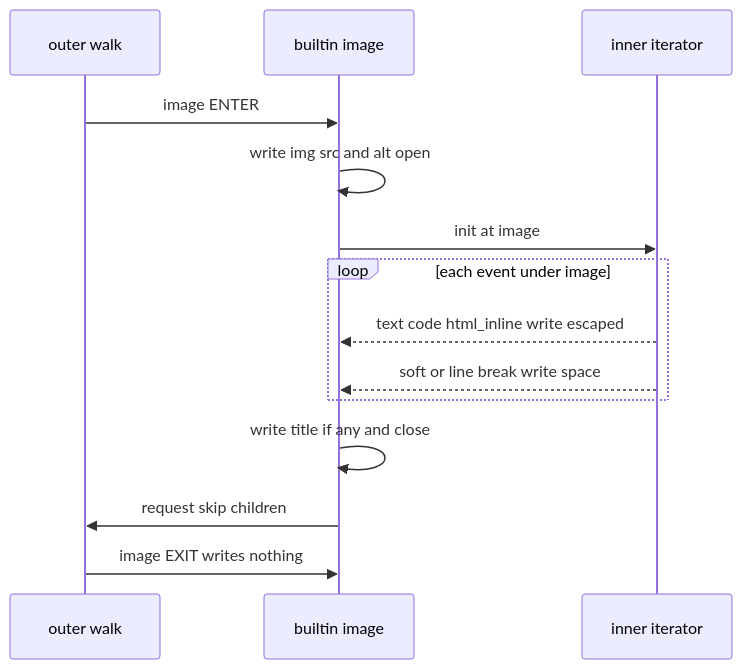
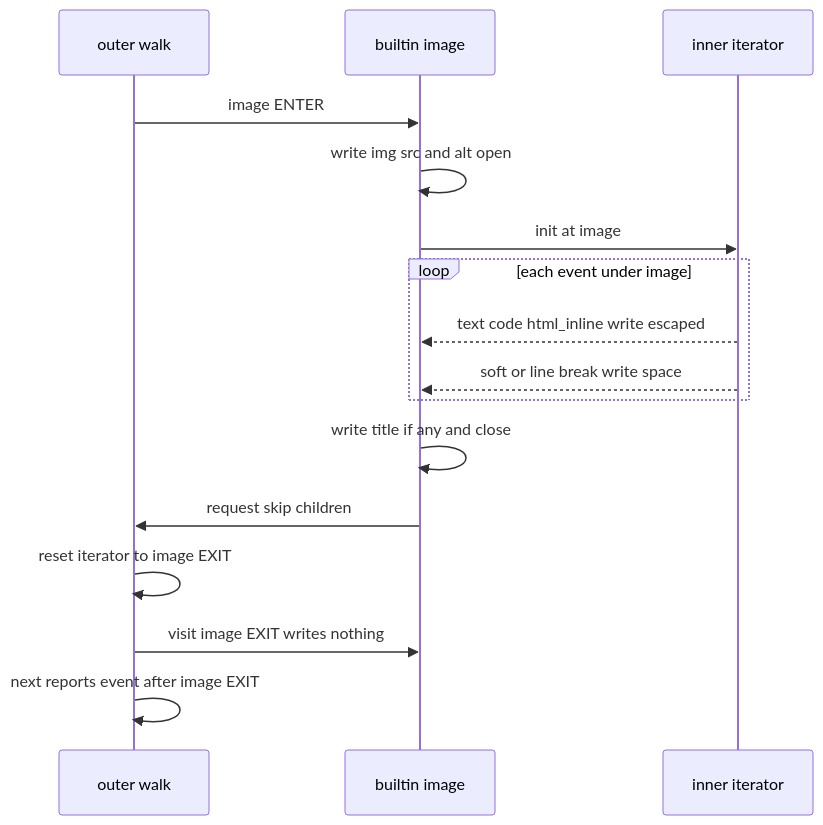
The third of 4 diagrams in .kiro/specs/html-renderer/design.md (ktdevx/amark-private3), drawn with Mermaid before and after one commit. The commit also changed other lines of this file and 28 other files, not shown here.

````diff
--- a/.kiro/specs/html-renderer/design.md
+++ b/.kiro/specs/html-renderer/design.md
@@ -168,16 +173,18 @@
 ```mermaid
 sequenceDiagram
     participant Outer as outer walk
     participant Std as builtin image
     participant Inner as inner iterator
     Outer->>Std: image ENTER
     Std->>Std: write img src and alt open
     Std->>Inner: init at image
     loop each event under image
         Inner-->>Std: text code html_inline write escaped
         Inner-->>Std: soft or line break write space
     end
     Std->>Std: write title if any and close
     Std->>Outer: request skip children
-    Outer->>Std: image EXIT writes nothing
+    Outer->>Outer: reset iterator to image EXIT
+    Outer->>Std: visit image EXIT writes nothing
+    Outer->>Outer: next reports event after image EXIT
 ```
````
